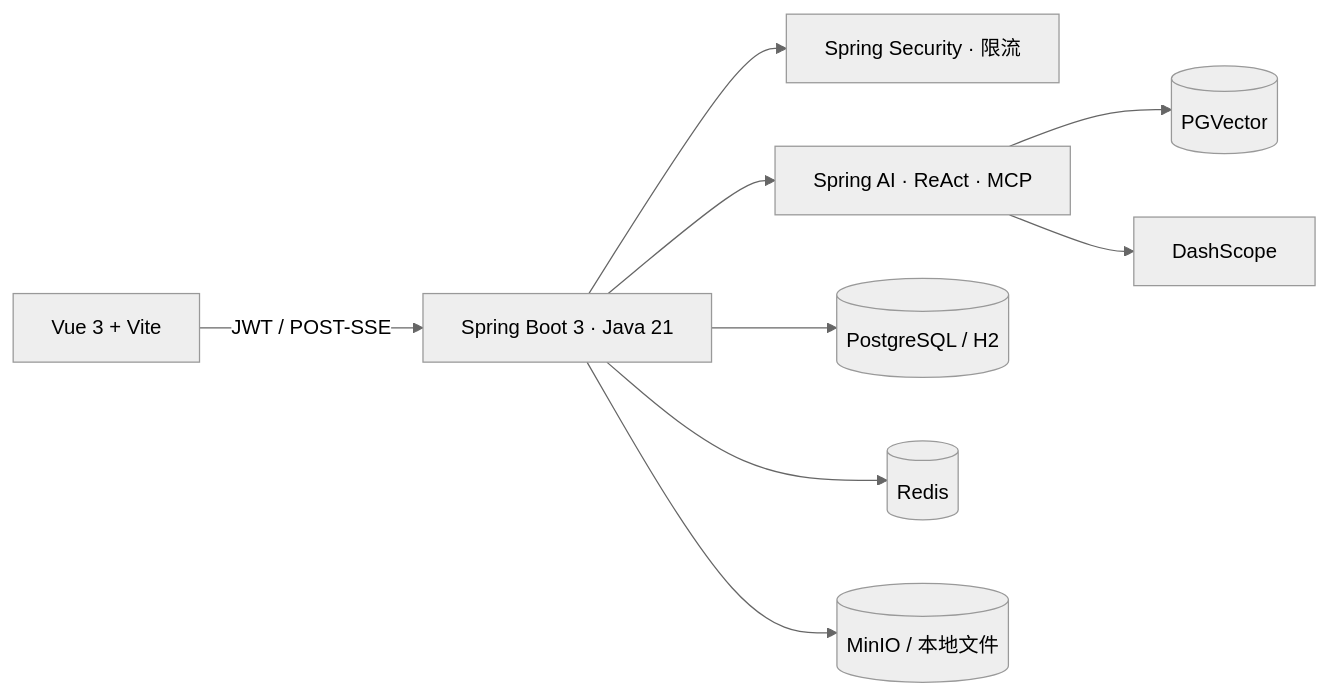
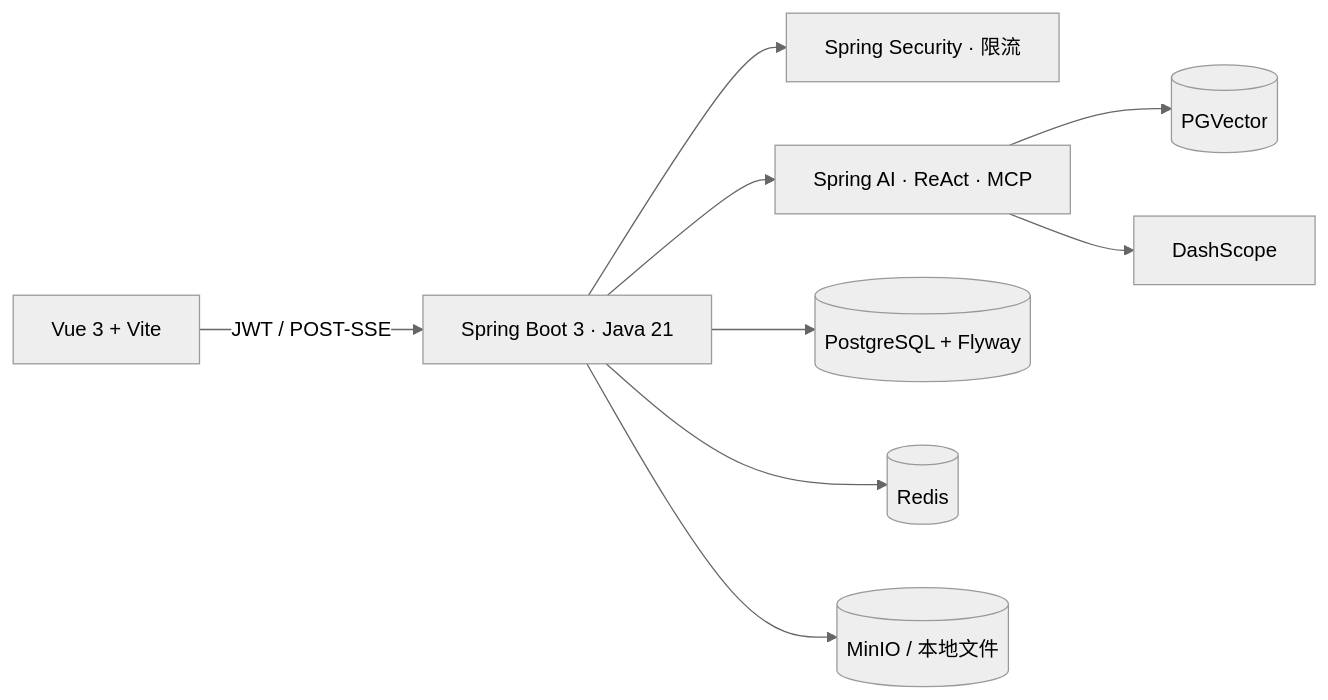
One commit to black-white-build/study changed the diagram in README.md. Above: the diagram before and after it, drawn with Mermaid (neutral theme). The commit also changed other lines of this file and 20 other files, not shown here.

````diff
--- a/README.md
+++ b/README.md
@@ -26,11 +26,11 @@
 ```mermaid
 flowchart LR
   UI["Vue 3 + Vite"] -->|"JWT / POST-SSE"| API["Spring Boot 3 · Java 21"]
   API --> SECURITY["Spring Security · 限流"]
   API --> AGENT["Spring AI · ReAct · MCP"]
-  API --> DB[("PostgreSQL / H2")]
+  API --> DB[("PostgreSQL + Flyway")]
   AGENT --> VECTOR[("PGVector")]
   API --> CACHE[("Redis")]
   API --> STORAGE[("MinIO / 本地文件")]
   AGENT --> MODEL["DashScope"]
 ```
````
